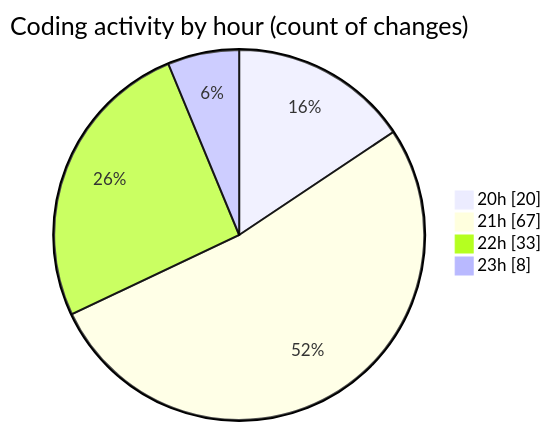
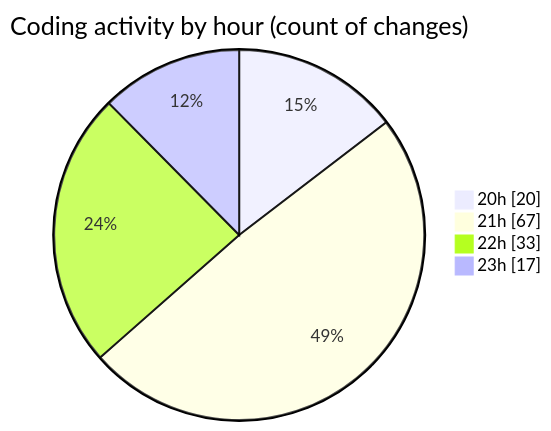
One commit to lephambinh05/code-tracking changed the second of 2 diagrams in 2025-08-19/quytuthien_vn/README.md. Above: the diagram before and after it, drawn with Mermaid. The commit also changed other lines of this file and 1 other file, not shown here.

````diff
--- a/2025-08-19/quytuthien_vn/README.md
+++ b/2025-08-19/quytuthien_vn/README.md
@@ -110,8 +113,8 @@
 ```mermaid
 pie showData
 title Coding activity by hour (count of changes)
 "20h" : 20
 "21h" : 67
 "22h" : 33
-"23h" : 8
+"23h" : 17
 ```
````
